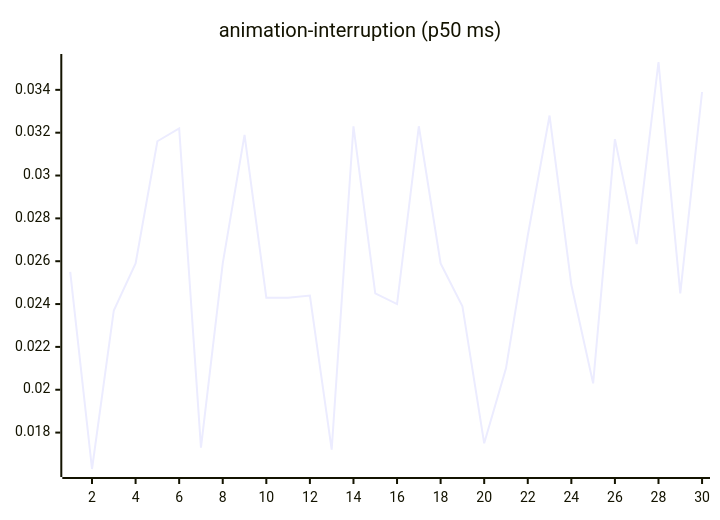
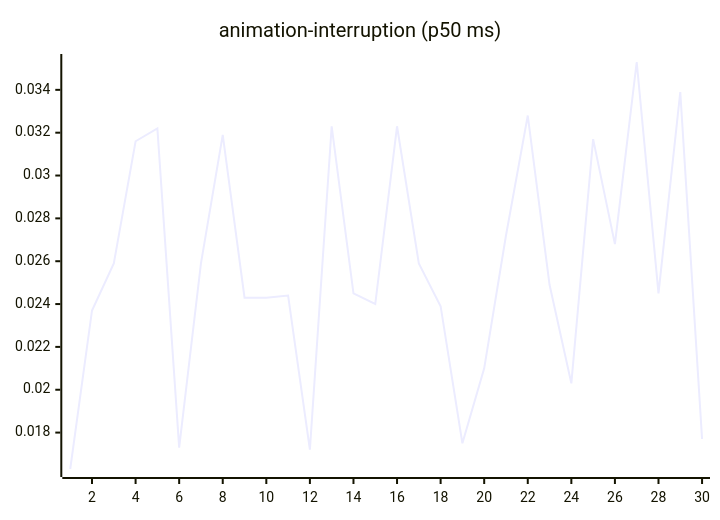
One commit to josha/Facet changed the third of 27 diagrams in README.md. Above: the diagram before and after it, drawn with Mermaid. The commit also changed other lines of this file and 2 other files, not shown here.

````diff
--- a/README.md
+++ b/README.md
@@ -77,6 +77,6 @@
 ```mermaid
 xychart-beta
     title "animation-interruption (p50 ms)"
     x-axis 1 --> 30
-    line [0.0255, 0.0163, 0.0237, 0.0259, 0.0316, 0.0322, 0.0173, 0.0259, 0.0319, 0.0243, 0.0243, 0.0244, 0.0172, 0.0323, 0.0245, 0.0240, 0.0323, 0.0259, 0.0239, 0.0175, 0.0210, 0.0272, 0.0328, 0.0249, 0.0203, 0.0317, 0.0268, 0.0353, 0.0245, 0.0339]
+    line [0.0163, 0.0237, 0.0259, 0.0316, 0.0322, 0.0173, 0.0259, 0.0319, 0.0243, 0.0243, 0.0244, 0.0172, 0.0323, 0.0245, 0.0240, 0.0323, 0.0259, 0.0239, 0.0175, 0.0210, 0.0272, 0.0328, 0.0249, 0.0203, 0.0317, 0.0268, 0.0353, 0.0245, 0.0339, 0.0177]
 ```
````
